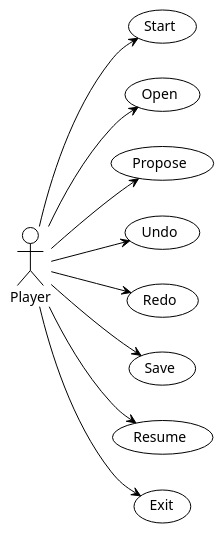
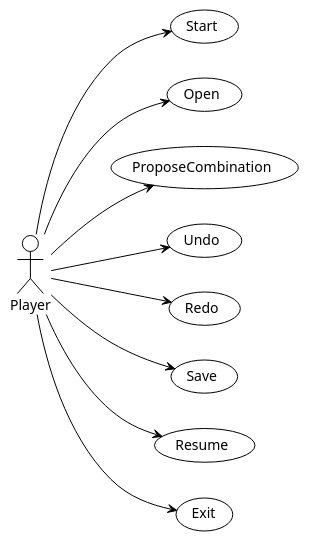
The diagram in docs/console/use_case.plantuml (PacoMorando/multiplatform-master-mind), drawn with PlantUML before and after one commit. The commit also changed 5 other files, not shown here.

Commit message:
Avance en diagramas del core

```diff
--- a/docs/console/use_case.plantuml
+++ b/docs/console/use_case.plantuml
@@ -1,25 +1,25 @@
 @startuml use-case-core
 !theme plain
 left to right direction
 
 actor Player
 
 usecase Start
 usecase Open
-usecase Propose
+usecase ProposeCombination
 usecase Undo
 usecase Redo
 usecase Save
 usecase Resume
 usecase Exit
 
 Player -->(Start)
 Player -->(Open)
-Player -->(Propose)
+Player -->(ProposeCombination)
 Player -->(Undo)
 Player -->(Redo)
 Player -->(Save)
 Player -->(Resume)
 Player -->(Exit)
 
 @enduml
```
